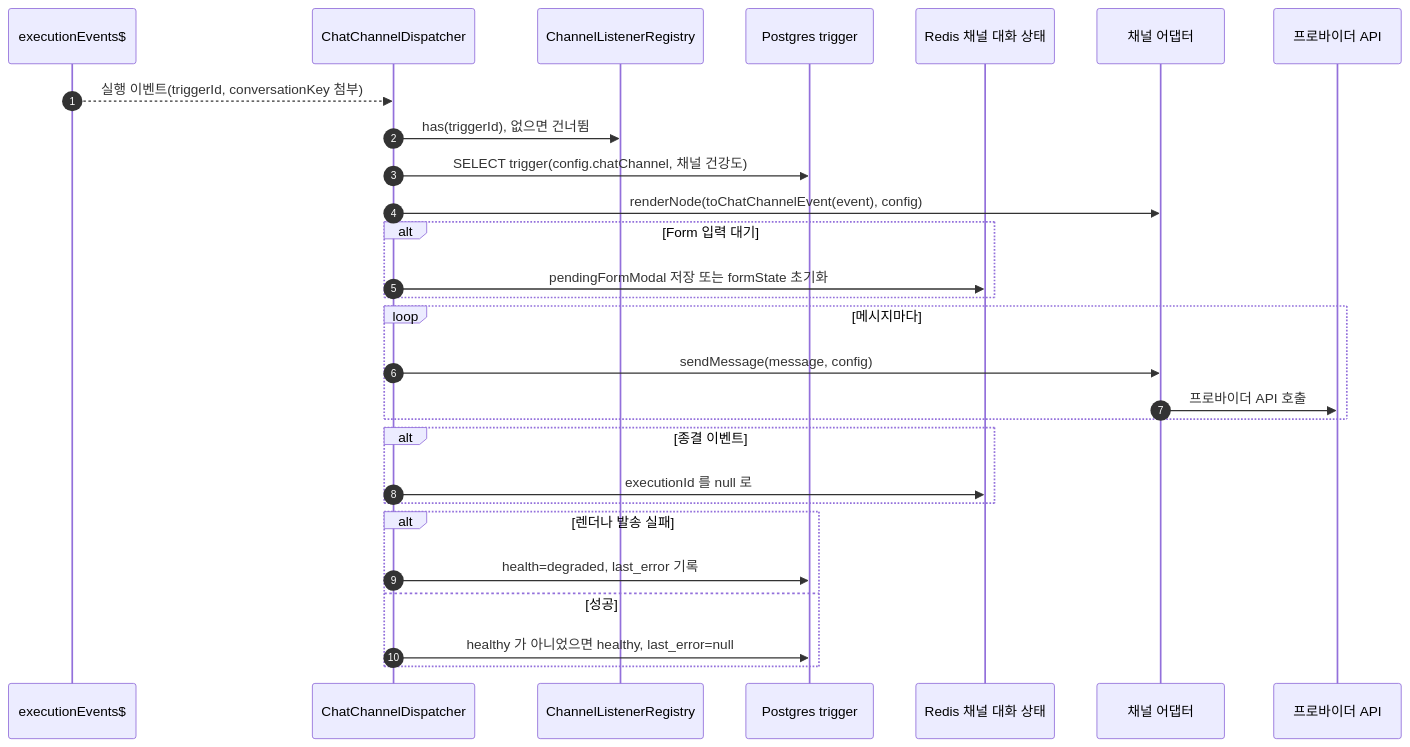
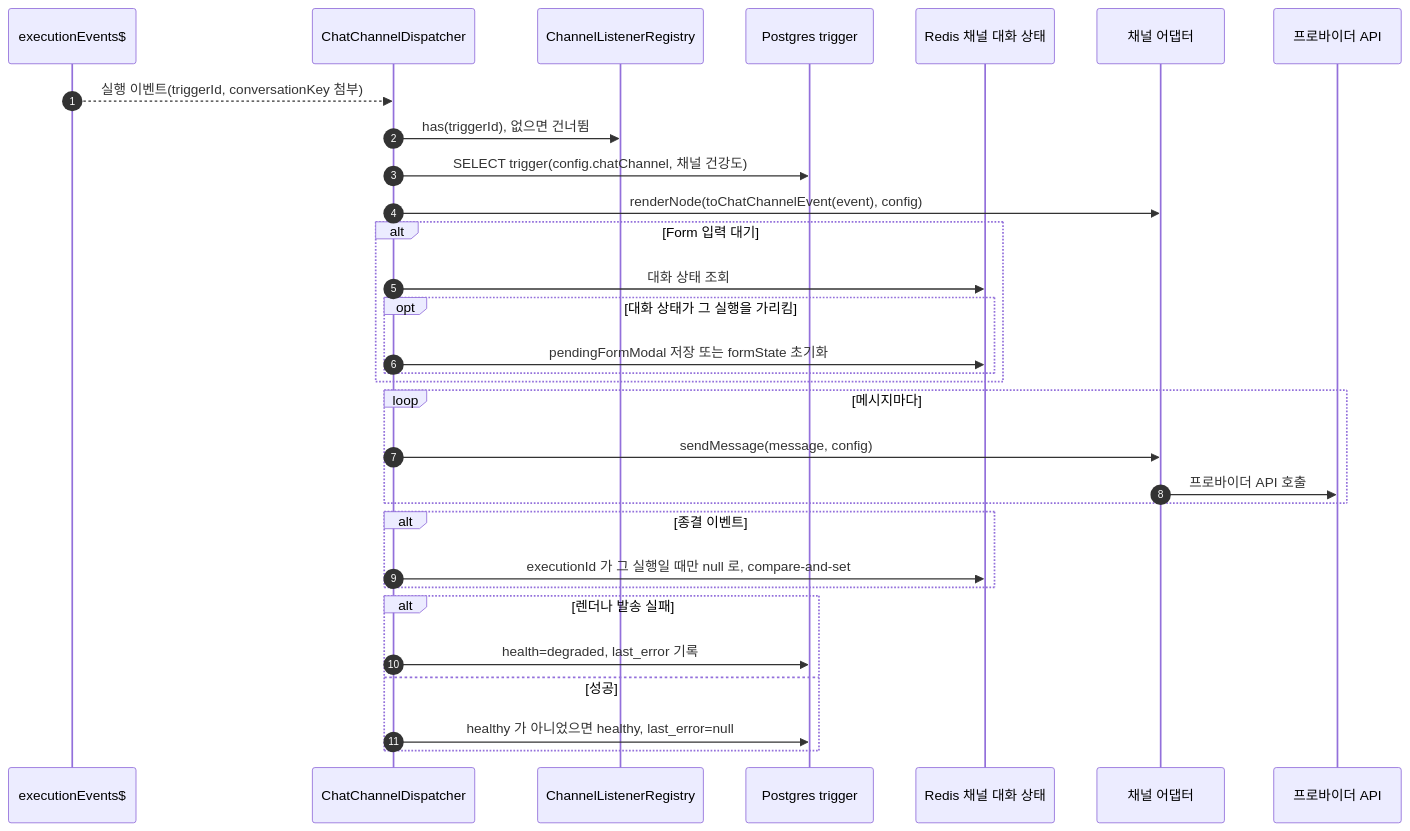
Before and after one commit to worker-ants/clemvion: the second of 3 diagrams in spec/CLE-CHAT/CLE-CHAT-DATA.md, drawn with Mermaid. The commit also changed other lines of this file and 36 other files, not shown here.

First line of the commit message:
꺼진 워크플로우는 웹훅 · 채팅 채널 · 스케줄로 실행하지 않고, 실행 중 /start 는 재시작한다 (CLE-T-XRWFMJ, CLE-T-V4WVF2) (#1536)

````diff
--- a/spec/CLE-CHAT/CLE-CHAT-DATA.md
+++ b/spec/CLE-CHAT/CLE-CHAT-DATA.md
@@ -258,30 +270,33 @@
 ```mermaid
 sequenceDiagram
   autonumber
   participant WS as executionEvents$
   participant D as ChatChannelDispatcher
   participant Reg as ChannelListenerRegistry
   participant PG as Postgres trigger
   participant R as Redis 채널 대화 상태
   participant Ad as 채널 어댑터
   participant Ext as 프로바이더 API
   WS-->>D: 실행 이벤트(triggerId, conversationKey 첨부)
   D->>Reg: has(triggerId), 없으면 건너뜀
   D->>PG: SELECT trigger(config.chatChannel, 채널 건강도)
   D->>Ad: renderNode(toChatChannelEvent(event), config)
   alt Form 입력 대기
-    D->>R: pendingFormModal 저장 또는 formState 초기화
+    D->>R: 대화 상태 조회
+    opt 대화 상태가 그 실행을 가리킴
+      D->>R: pendingFormModal 저장 또는 formState 초기화
+    end
   end
   loop 메시지마다
     D->>Ad: sendMessage(message, config)
     Ad->>Ext: 프로바이더 API 호출
   end
   alt 종결 이벤트
-    D->>R: executionId 를 null 로
+    D->>R: executionId 가 그 실행일 때만 null 로, compare-and-set
   end
   alt 렌더나 발송 실패
     D->>PG: health=degraded, last_error 기록
   else 성공
     D->>PG: healthy 가 아니었으면 healthy, last_error=null
   end
 ```
````
